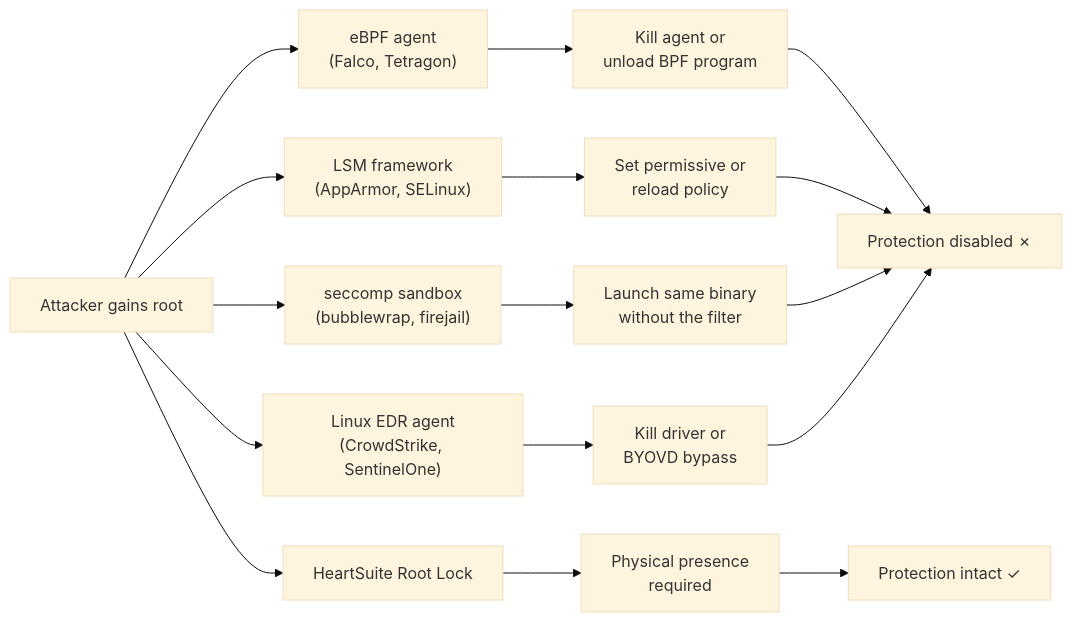
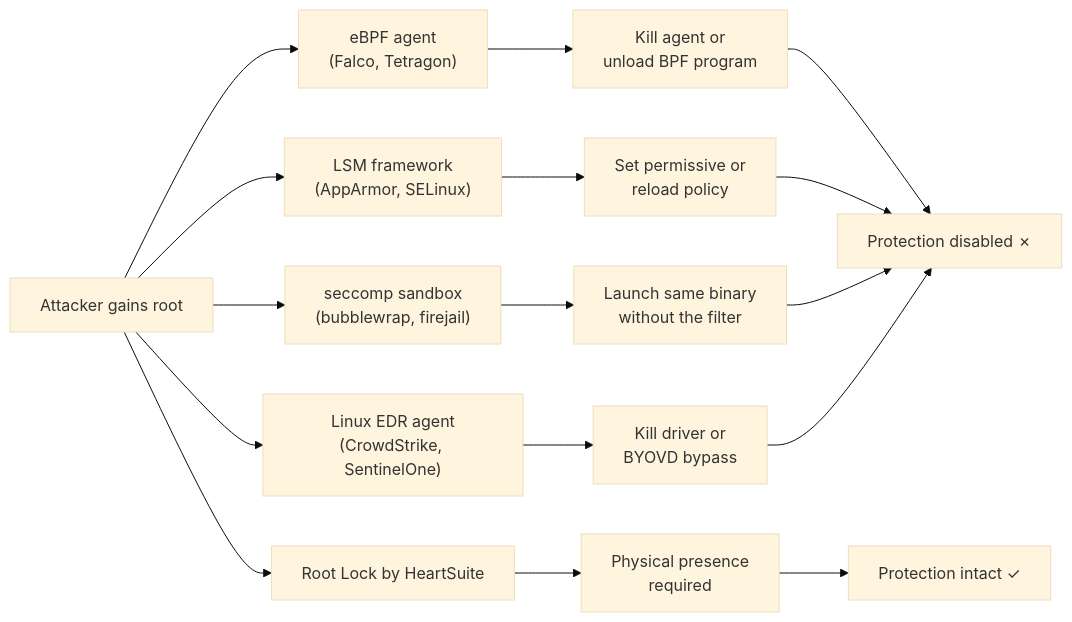
One commit to HeartSecuritySuite/heartsuite-docs changed the second of 2 diagrams in content/en/docs/introduction/how-it-compares/_index.md. Above: the diagram before and after it, drawn with Mermaid (base theme). The commit also changed other lines of this file and 60 other files, not shown here.

First line of the commit message:
Update product branding to "Root Lock by HeartSuite"

````diff
--- a/content/en/docs/introduction/how-it-compares/_index.md
+++ b/content/en/docs/introduction/how-it-compares/_index.md
@@ -147,18 +147,18 @@
 ```mermaid
 graph LR
     A[Attacker gains root] --> B["eBPF agent\n(Falco, Tetragon)"]
     A --> C["LSM framework\n(AppArmor, SELinux)"]
     A --> D["seccomp sandbox\n(bubblewrap, firejail)"]
     A --> E["Linux EDR agent\n(CrowdStrike, SentinelOne)"]
-    A --> F["HeartSuite Root Lock"]
+    A --> F["Root Lock by HeartSuite"]
     B --> G["Kill agent or\nunload BPF program"]
     C --> H["Set permissive or\nreload policy"]
     D --> I["Launch same binary\nwithout the filter"]
     E --> J["Kill driver or\nBYOVD bypass"]
     F --> K["Physical presence\nrequired"]
     G --> L["Protection disabled ✗"]
     H --> L
     I --> L
     J --> L
     K --> M["Protection intact ✓"]
 ```
````
